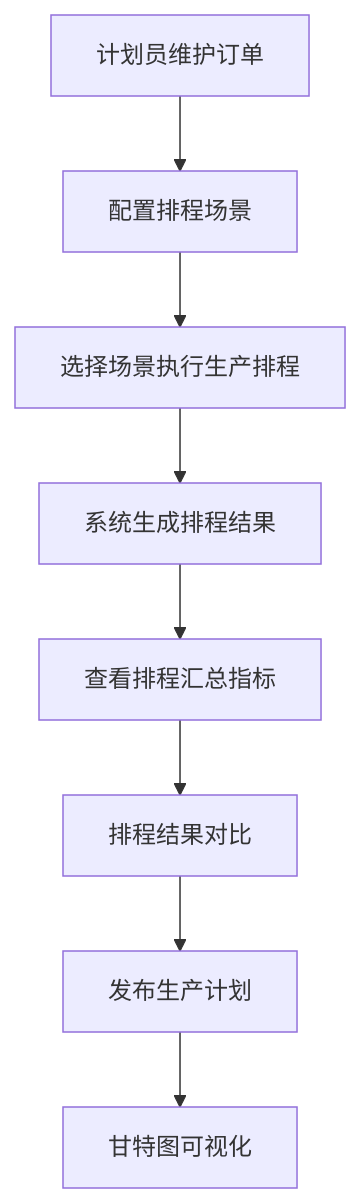
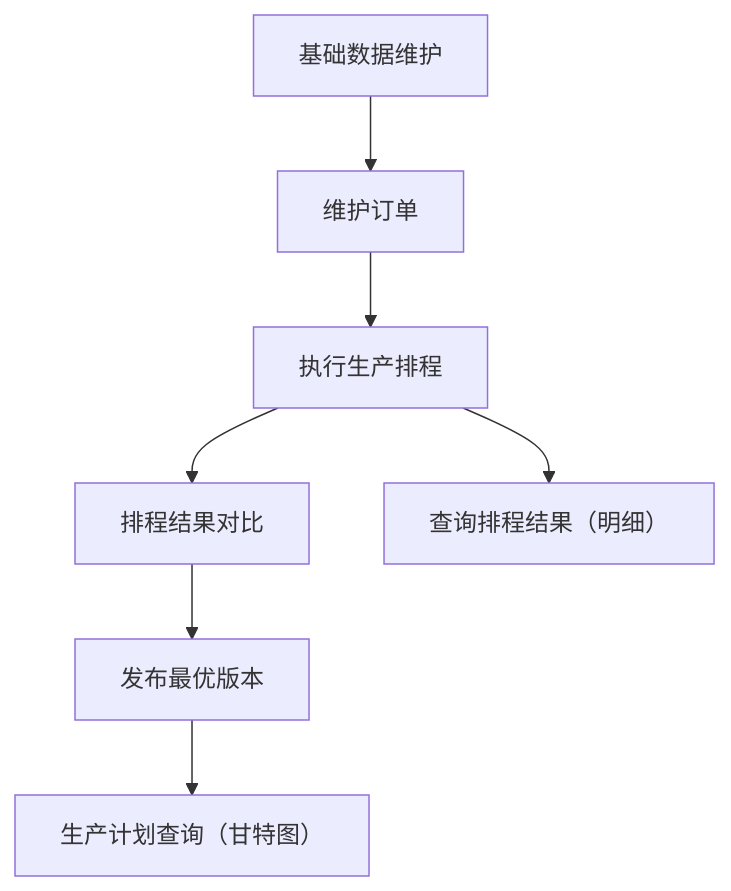
Before and after one commit to jiargcn/MomProductDocument: the first of 2 diagrams in docs/11-PS-排程管理/index.md, drawn with Mermaid. The commit also changed other lines of this file and 15 other files, not shown here.

````diff
--- a/docs/11-PS-排程管理/index.md
+++ b/docs/11-PS-排程管理/index.md
@@ -53,10 +28,9 @@
 ```mermaid
 flowchart TD
-    A[计划员维护订单] --> B[配置排程场景]
-    B --> C[选择场景执行生产排程]
-    C --> D[系统生成排程结果]
-    D --> E[查看排程汇总指标]
-    E --> F[排程结果对比]
-    F --> G[发布生产计划]
-    G --> H[甘特图可视化]
+    A["基础数据维护"] --> B["维护订单"]
+    B --> C["执行生产排程"]
+    C --> D["排程结果对比"]
+    D --> E["发布最优版本"]
+    E --> F["生产计划查询（甘特图）"]
+    C --> G["查询排程结果（明细）"]
 ```
````
